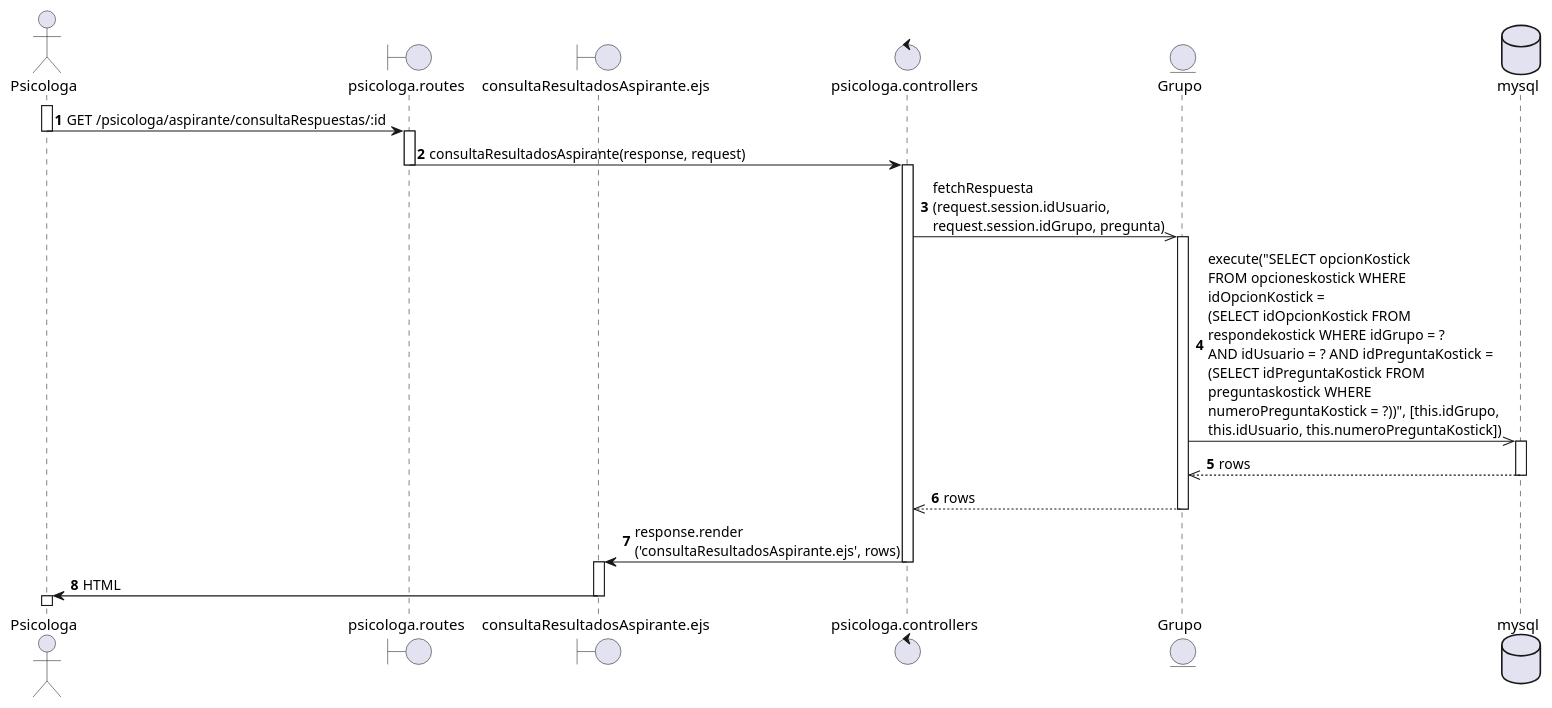
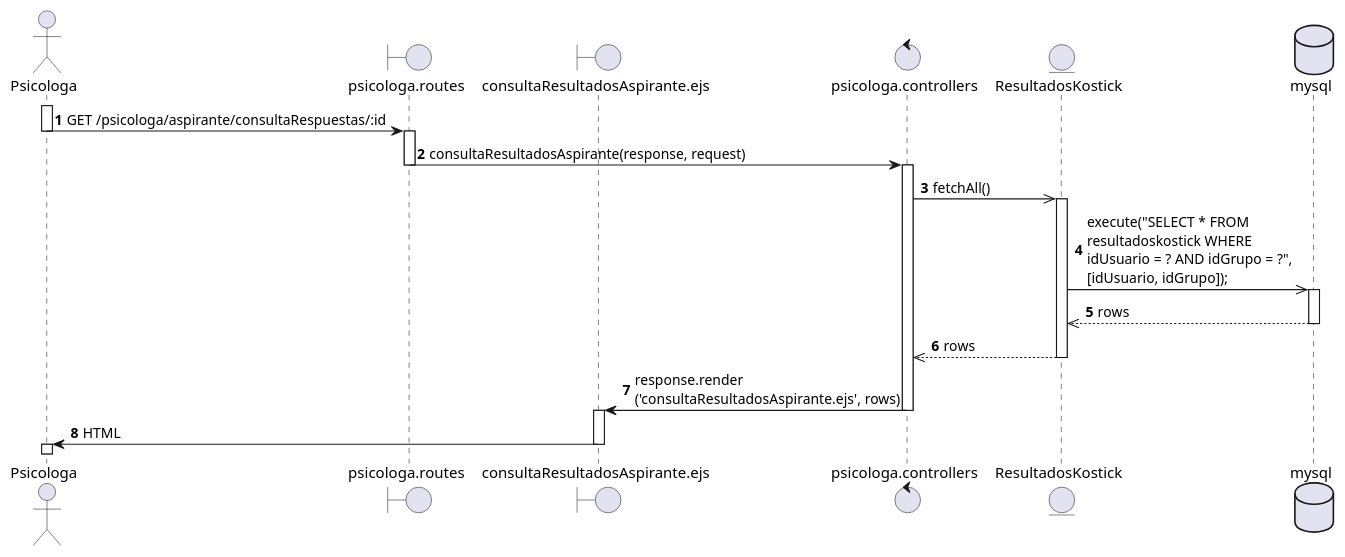
Before and after one commit to nicoleum17/TestInsightDX: the diagram in uml/secuencia/consultaResultadosAspirante5.puml, drawn with PlantUML.

```diff
--- a/uml/secuencia/consultaResultadosAspirante5.puml
+++ b/uml/secuencia/consultaResultadosAspirante5.puml
@@ -1,36 +1,36 @@
 @startuml consultaResultadosAspirante 5
 actor       Psicologa                   as a1
 boundary    psicologa.routes            as a2
 boundary    consultaResultadosAspirante.ejs  as a3
 control     psicologa.controllers       as a4
-entity      Grupo                       as g
+entity      ResultadosKostick                       as g
 database    mysql                       as a5
 
 
 autonumber
 activate a1
 a1->a2: GET /psicologa/aspirante/consultaRespuestas/:id
 deactivate a1
 activate a2
 a2->a4: consultaResultadosAspirante(response, request)
 deactivate a2
 
 
 activate a4
-a4->>g: fetchRespuesta\n(request.session.idUsuario, \nrequest.session.idGrupo, pregunta)
+a4->>g: fetchAll()
 activate g
-g->>a5: execute("SELECT opcionKostick \nFROM opcioneskostick WHERE \nidOpcionKostick = \n(SELECT idOpcionKostick FROM \nrespondekostick WHERE idGrupo = ? \nAND idUsuario = ? AND idPreguntaKostick = \n(SELECT idPreguntaKostick FROM \npreguntaskostick WHERE \nnumeroPreguntaKostick = ?))", [this.idGrupo, \nthis.idUsuario, this.numeroPreguntaKostick])
+g->>a5: execute("SELECT * FROM \nresultadoskostick WHERE \nidUsuario = ? AND idGrupo = ?", \n[idUsuario, idGrupo]);
 activate a5
 a5-->>g: rows
 deactivate a5
 g-->>a4:rows
 deactivate g
 
 
 a4->a3: response.render\n('consultaResultadosAspirante.ejs', rows)
 deactivate a4
 activate a3
 a3->a1: HTML
 deactivate a3
 activate a1
 @enduml
```
